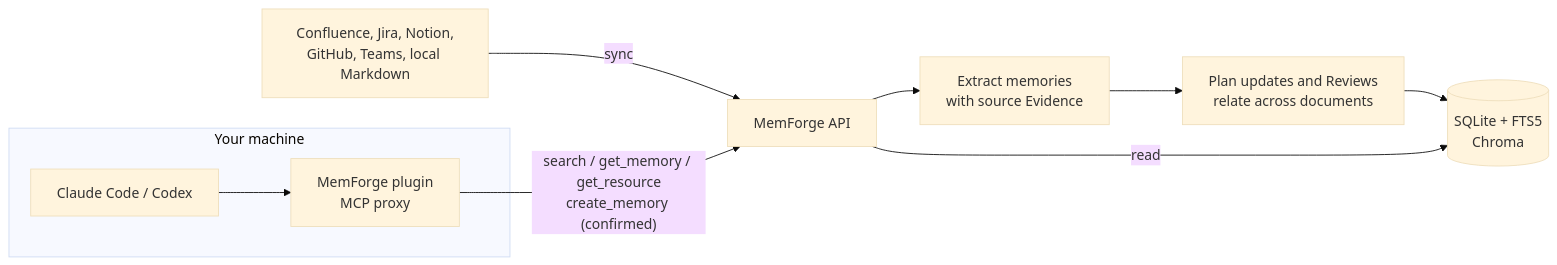
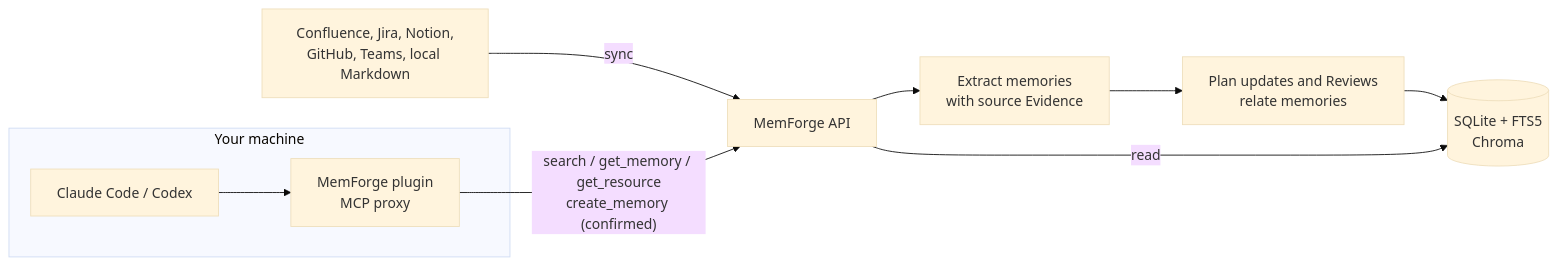
The diagram in README.md (dodo-labs-ai/mem-forge), drawn with Mermaid (base theme) before and after one commit. The commit also changed 49 other files, not shown here.

Commit message:
Name relations between Memories memory relations in code, text and the admin schema

````diff
--- a/README.md
+++ b/README.md
@@ -105,18 +105,18 @@
 ```mermaid
 flowchart LR
   subgraph You["Your machine"]
     CC["Claude Code / Codex"]
     Plugin["MemForge plugin<br/>MCP proxy"]
   end
   Docs["Confluence, Jira, Notion,<br/>GitHub, Teams, local Markdown"]
   API["MemForge API"]
   Extract["Extract memories<br/>with source Evidence"]
-  Recheck["Plan updates and Reviews<br/>relate across documents"]
+  Recheck["Plan updates and Reviews<br/>relate memories"]
   Store[("SQLite + FTS5<br/>Chroma")]
 
   CC --> Plugin
   Docs -- "sync" --> API
   API --> Extract --> Recheck --> Store
   Plugin -- "search / get_memory / get_resource<br/>create_memory (confirmed)" --> API
   API -- "read" --> Store
 ```
````
